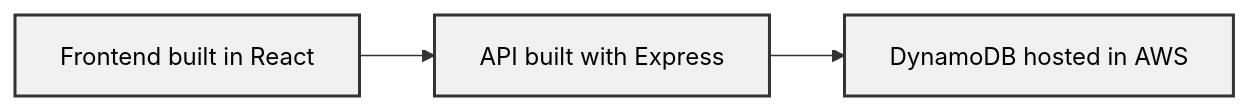
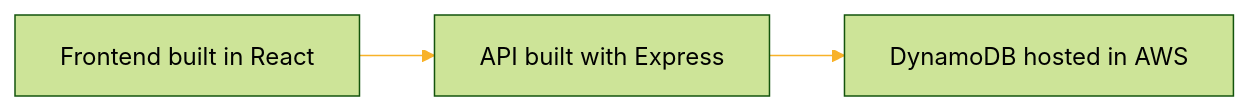
Before and after one commit to LiamRussellNZ/movieApp: the diagram in README.md, drawn with Mermaid.

Commit message:
Minor updates to the Mermaid diagram

````diff
--- a/README.md
+++ b/README.md
@@ -6,8 +6,18 @@
 ```mermaid
+%%{
+  init: {
+    'theme': 'forest',
+    'themeVariables': {
+      'primaryColor': '#BB2528',
+      'primaryTextColor': '#fff',
+      'primaryBorderColor': '#7C0000',
+      'lineColor': '#F8B229',
+      'secondaryColor': '#006100',
+      'tertiaryColor': '#fff'
+    }
+  }
+}%%
 graph LR;
     A[Frontend built in React] --> B[API built with Express];
     B --> C[DynamoDB hosted in AWS];
-    style A fill:#f0f0f0,stroke:#333,stroke-width:2px, color:black;
-    style B fill:#f0f0f0,stroke:#333,stroke-width:2px, color:black;
-    style C fill:#f0f0f0,stroke:#333,stroke-width:2px, color:black;
 ```
````
